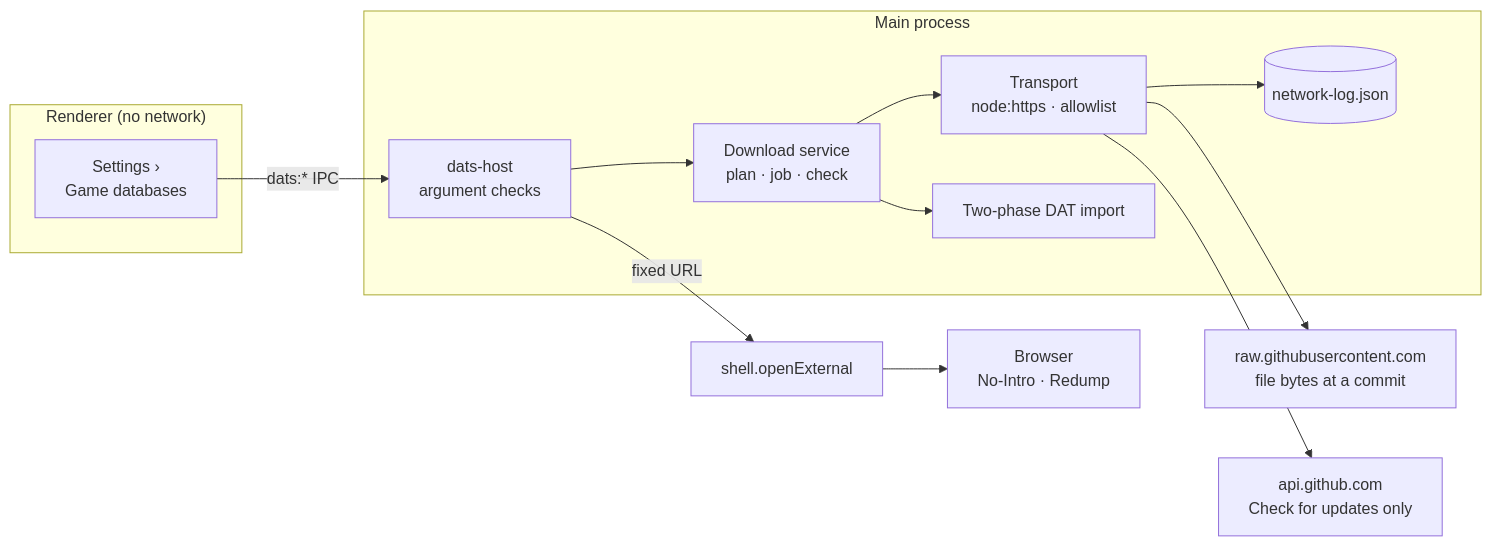
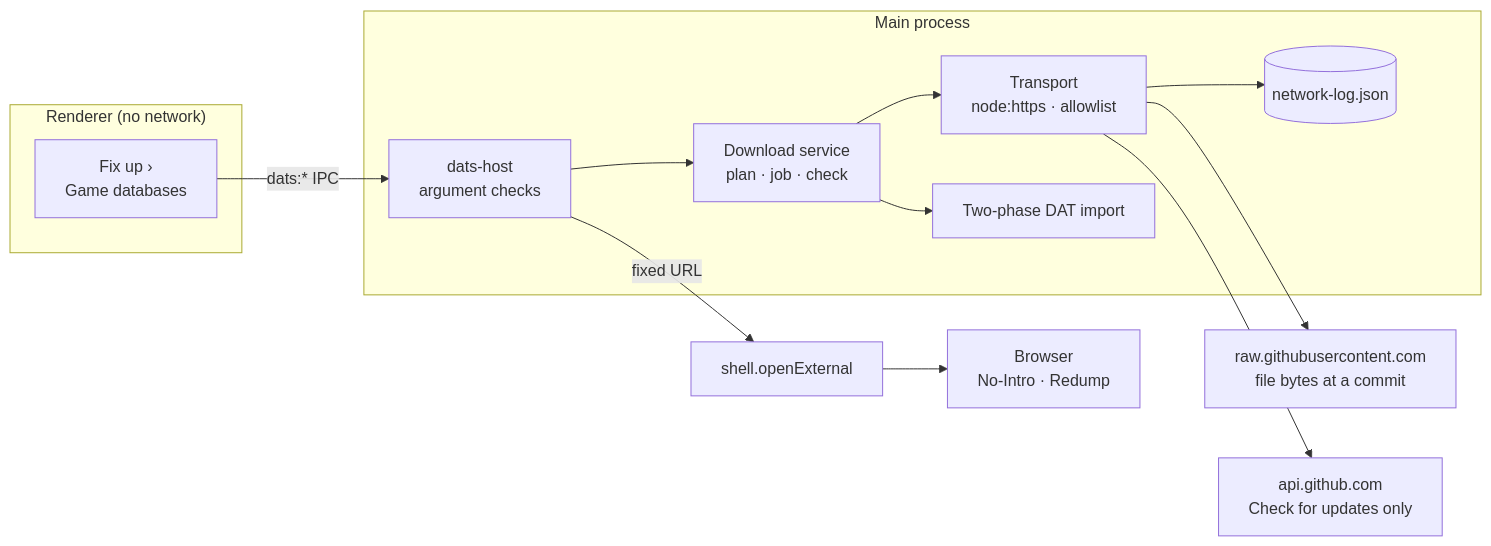
Diagram 13 of 18 in docs/architecture.md (MakerCorn/romperoom-releases), drawn with Mermaid before and after one commit. The commit also changed other lines of this file and 98 other files, not shown here.

````diff
--- a/docs/architecture.md
+++ b/docs/architecture.md
@@ -1392,20 +1441,20 @@
 ```mermaid
 flowchart LR
   subgraph R["Renderer (no network)"]
-    P["Settings ›<br/>Game databases"]
+    P["Fix up ›<br/>Game databases"]
   end
   subgraph M["Main process"]
     H["dats-host<br/>argument checks"]
     SV["Download service<br/>plan · job · check"]
     T["Transport<br/>node:https · allowlist"]
     L[("network-log.json")]
     I["Two-phase DAT import"]
   end
   P -- "dats:* IPC" --> H
   H --> SV --> T
   T --> RAW["raw.githubusercontent.com<br/>file bytes at a commit"]
   T --> API["api.github.com<br/>Check for updates only"]
   T --> L
   SV --> I
   H -- "fixed URL" --> X["shell.openExternal"] --> B["Browser<br/>No-Intro · Redump"]
 ```
````
